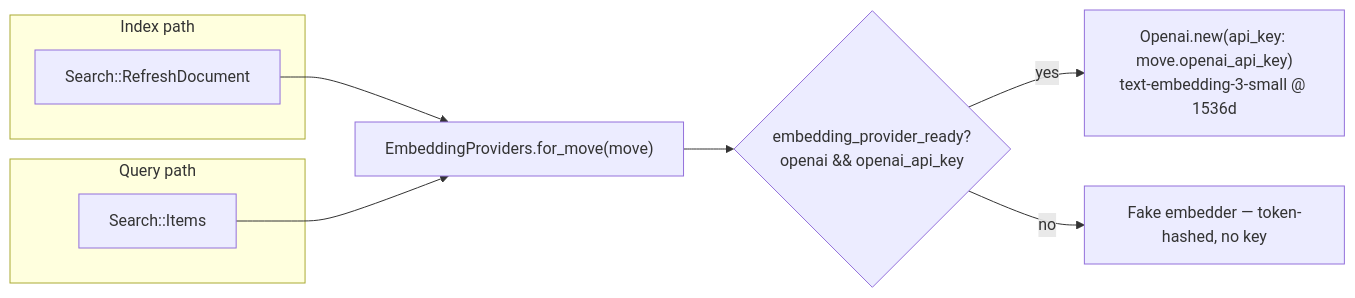
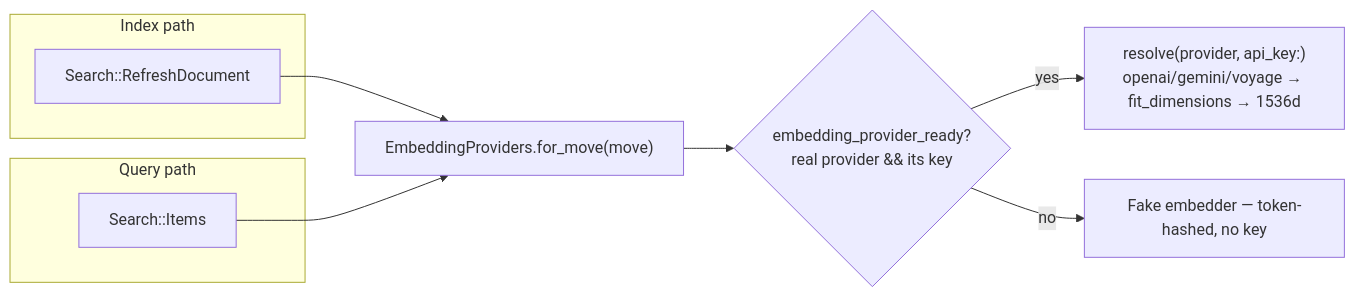
One commit to joel/move changed the second of 2 diagrams in doc/project/ai-providers.md. Above: the diagram before and after it, drawn with Mermaid. The commit also changed other lines of this file and 1 other file, not shown here.

First line of the commit message:
#242 Update AI-provider docs + action catalog for the shared-key model

````diff
--- a/doc/project/ai-providers.md
+++ b/doc/project/ai-providers.md
@@ -83,14 +97,14 @@
 ```mermaid
 flowchart LR
   subgraph index[Index path]
     RD["Search::RefreshDocument"]
   end
   subgraph query[Query path]
     SI["Search::Items"]
   end
   RD --> F["EmbeddingProviders.for_move(move)"]
   SI --> F
-  F --> G{embedding_provider_ready?<br/>openai && openai_api_key}
-  G -->|yes| O["Openai.new(api_key: move.openai_api_key)<br/>text-embedding-3-small @ 1536d"]
+  F --> G{embedding_provider_ready?<br/>real provider && its key}
+  G -->|yes| O["resolve(provider, api_key:)<br/>openai/gemini/voyage → fit_dimensions → 1536d"]
   G -->|no| K[Fake embedder — token-hashed, no key]
 ```
````
